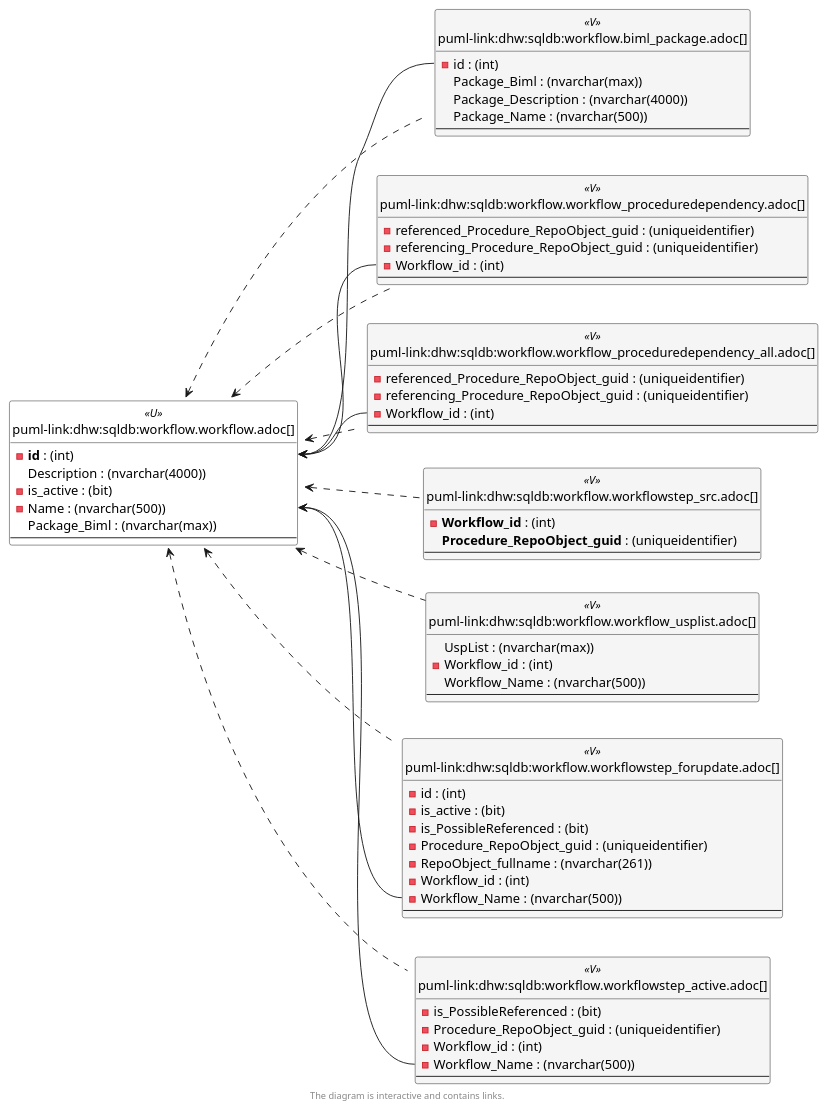
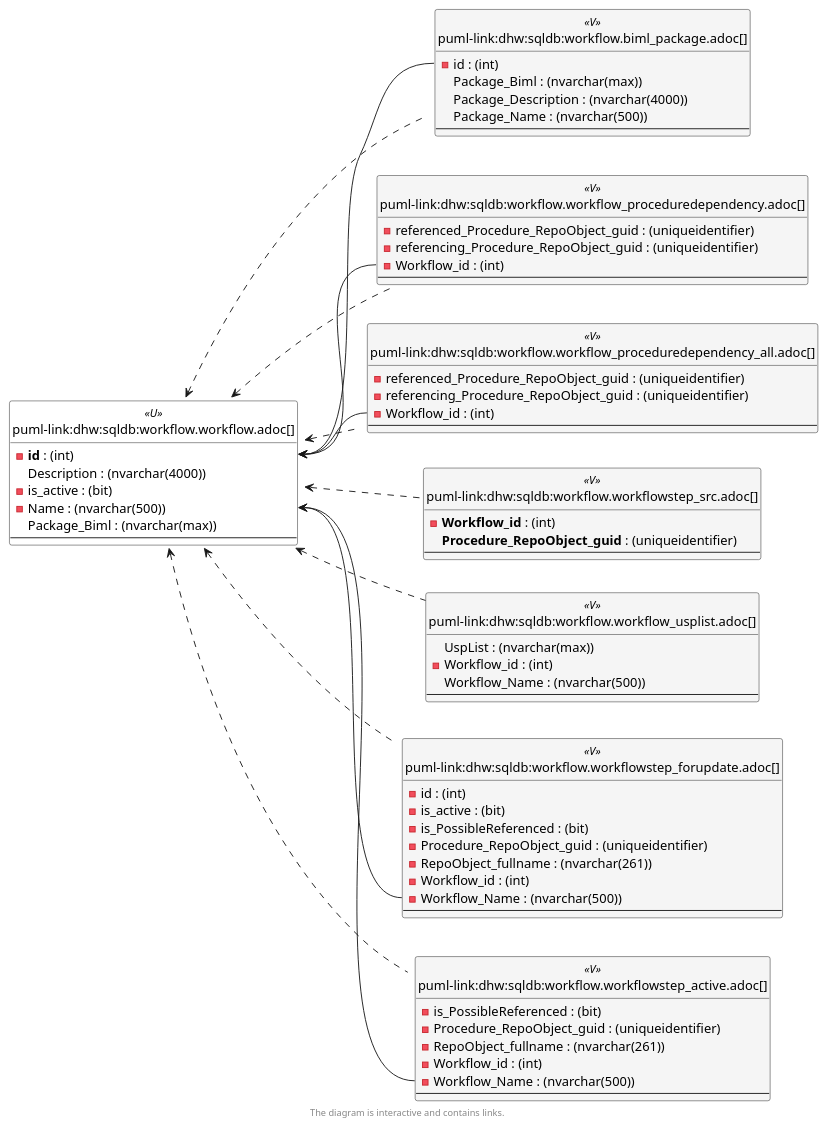
Before and after one commit to DataHandwerk/dhw-antora-sqldb: the sixth of 6 diagrams in docs/modules/sqldb/partials/content/workflow.workflow.adoc, drawn with PlantUML. The commit also changed other lines of this file and 701 other files, not shown here.

```diff
--- a/docs/modules/sqldb/partials/content/workflow.workflow.adoc
+++ b/docs/modules/sqldb/partials/content/workflow.workflow.adoc
@@ -1065,6 +1070,7 @@
 entity "puml-link:dhw:sqldb:workflow.workflowstep_active.adoc[]" as workflow.WorkflowStep_active << V >> {
   - is_PossibleReferenced : (bit)
   - Procedure_RepoObject_guid : (uniqueidentifier)
+  - RepoObject_fullname : (nvarchar(261))
   - Workflow_id : (int)
   - Workflow_Name : (nvarchar(500))
   --
@@ -1087,18 +1093,18 @@
   --
 }
 
-workflow.Workflow <.. workflow.WorkflowStep_active
-workflow.Workflow <.. workflow.WorkflowStep_src
-workflow.Workflow <.. workflow.Workflow_ProcedureDependency_all
-workflow.Workflow <.. workflow.WorkflowStep_ForUpdate
 workflow.Workflow <.. workflow.Biml_Package
 workflow.Workflow <.. workflow.Workflow_ProcedureDependency
+workflow.Workflow <.. workflow.Workflow_ProcedureDependency_all
 workflow.Workflow <.. workflow.Workflow_UspList
+workflow.Workflow <.. workflow.WorkflowStep_active
+workflow.Workflow <.. workflow.WorkflowStep_ForUpdate
+workflow.Workflow <.. workflow.WorkflowStep_src
 "workflow.Workflow::id" <-- "workflow.Biml_Package::id"
+"workflow.Workflow::id" <-- "workflow.Workflow_ProcedureDependency::Workflow_id"
 "workflow.Workflow::id" <-- "workflow.Workflow_ProcedureDependency_all::Workflow_id"
-"workflow.Workflow::id" <-- "workflow.Workflow_ProcedureDependency::Workflow_id"
+"workflow.Workflow::Name" <-- "workflow.WorkflowStep_active::Workflow_Name"
 "workflow.Workflow::Name" <-- "workflow.WorkflowStep_ForUpdate::Workflow_Name"
-"workflow.Workflow::Name" <-- "workflow.WorkflowStep_active::Workflow_Name"
 
 footer The diagram is interactive and contains links.
 
```
